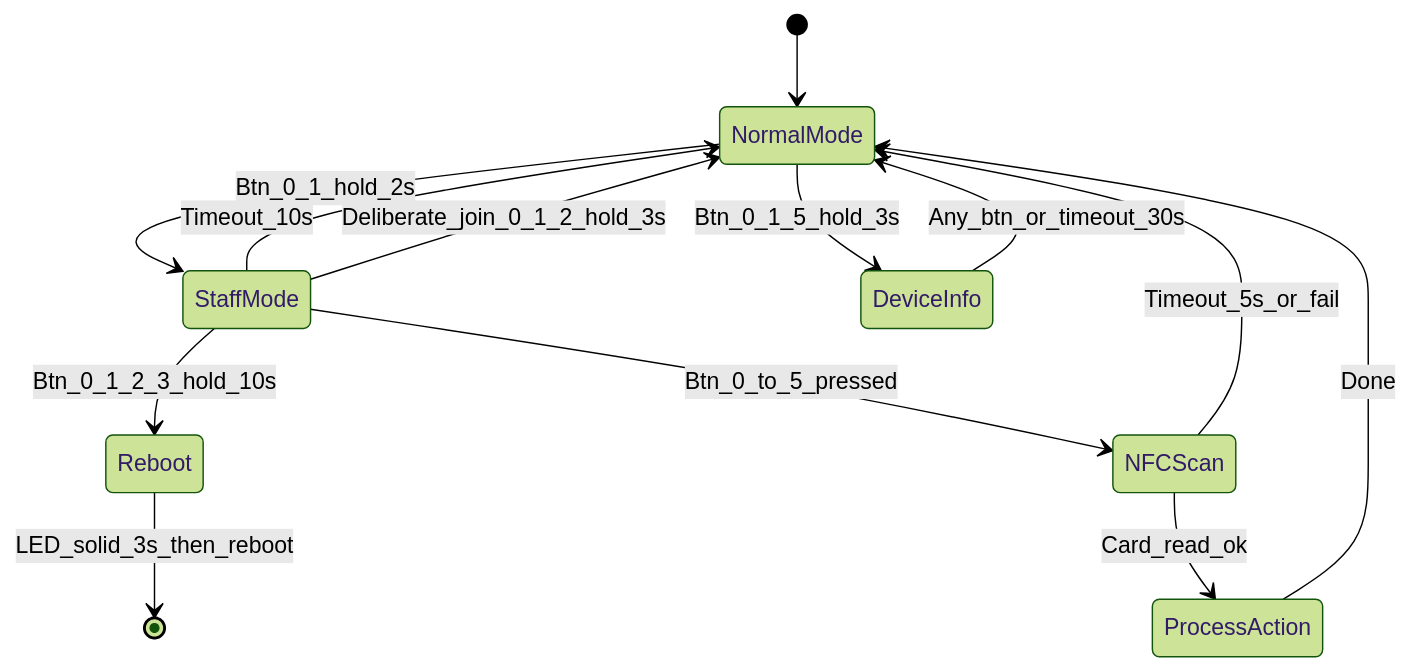
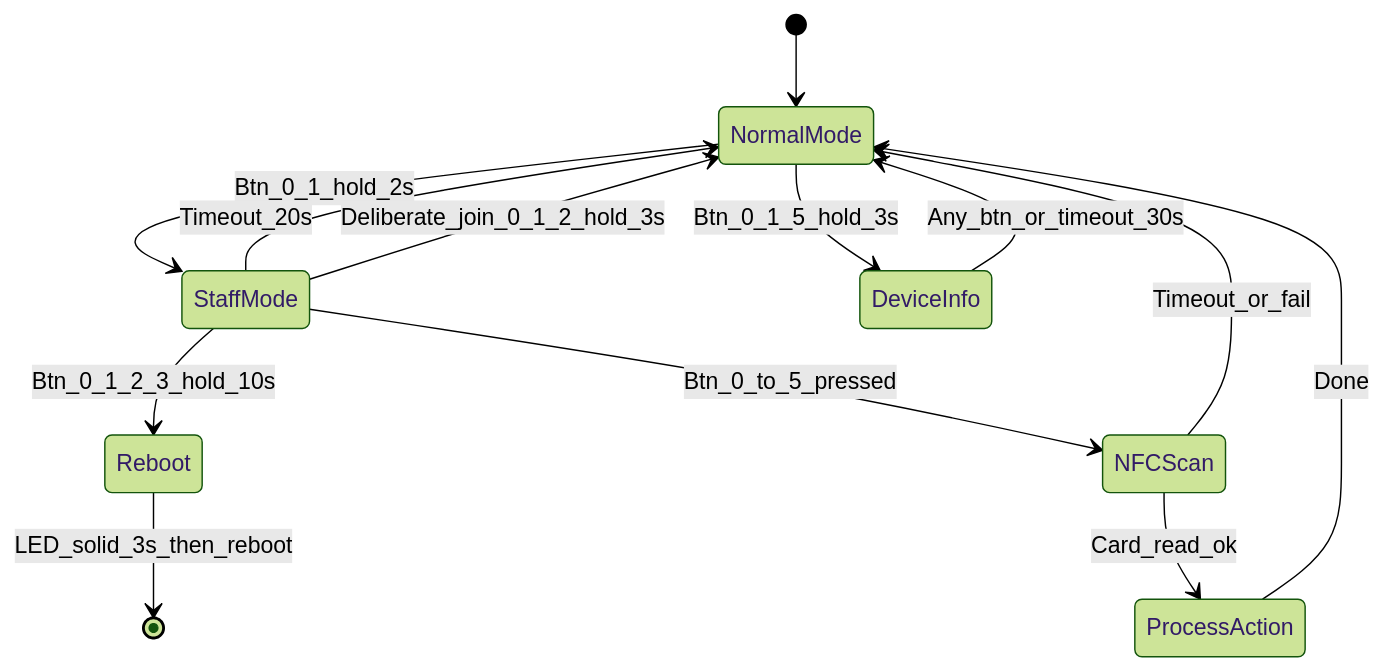
The second of 4 diagrams in v1.1/docs/archnotes/architecture.md (quiretech/FeedbackNow), drawn with Mermaid (forest theme) before and after one commit. The commit also changed other lines of this file and 32 other files, not shown here.

````diff
--- a/v1.1/docs/archnotes/architecture.md
+++ b/v1.1/docs/archnotes/architecture.md
@@ -155,15 +155,15 @@
 ```mermaid
 stateDiagram-v2
     [*] --> NormalMode
     NormalMode --> StaffMode: Btn_0_1_hold_2s
     NormalMode --> DeviceInfo: Btn_0_1_5_hold_3s
-    StaffMode --> NormalMode: Timeout_10s
+    StaffMode --> NormalMode: Timeout_20s
     StaffMode --> NormalMode: Deliberate_join_0_1_2_hold_3s
     StaffMode --> Reboot: Btn_0_1_2_3_hold_10s
     StaffMode --> NFCScan: Btn_0_to_5_pressed
     DeviceInfo --> NormalMode: Any_btn_or_timeout_30s
     Reboot --> [*]: LED_solid_3s_then_reboot
-    NFCScan --> NormalMode: Timeout_5s_or_fail
+    NFCScan --> NormalMode: Timeout_or_fail
     NFCScan --> ProcessAction: Card_read_ok
     ProcessAction --> NormalMode: Done
 ```
````
